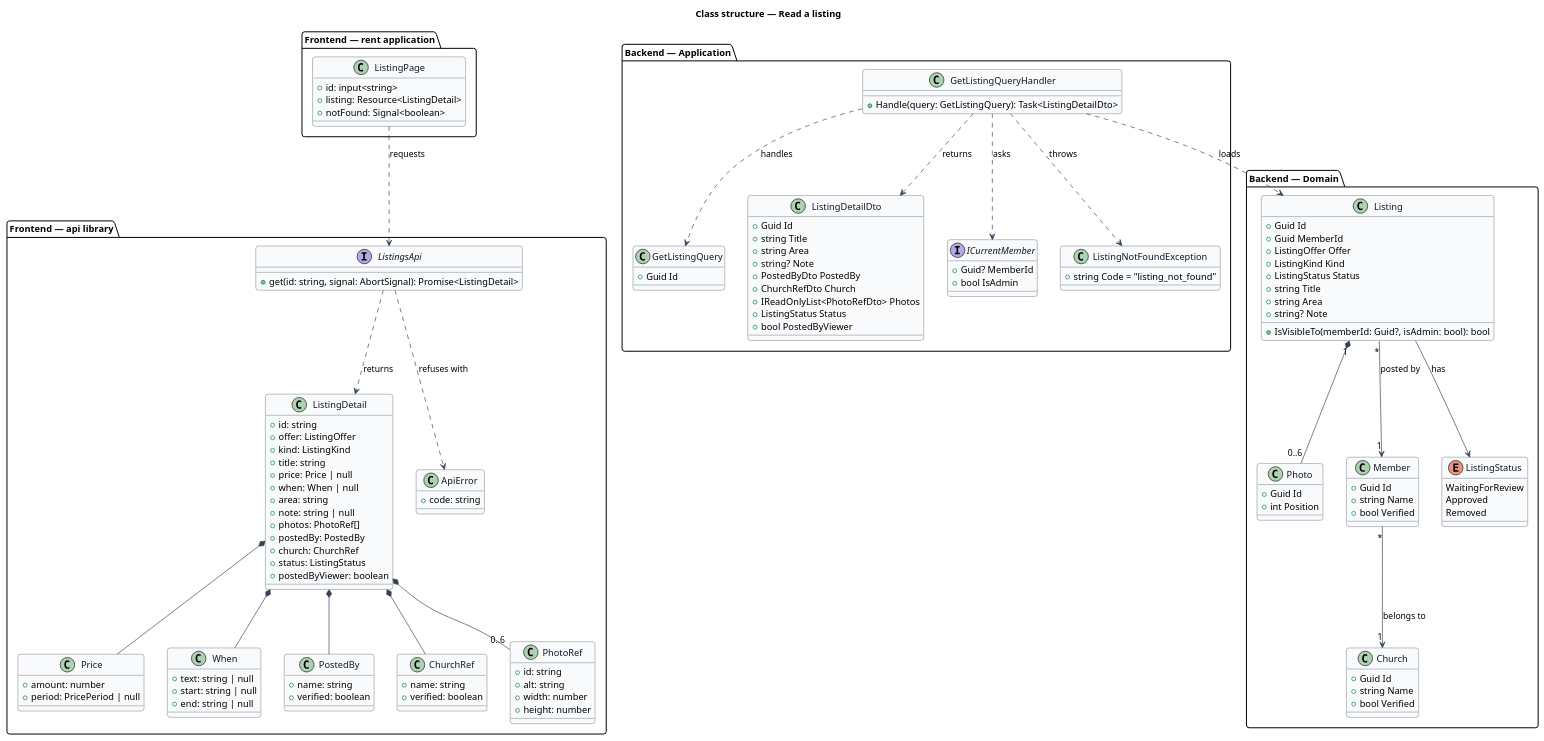
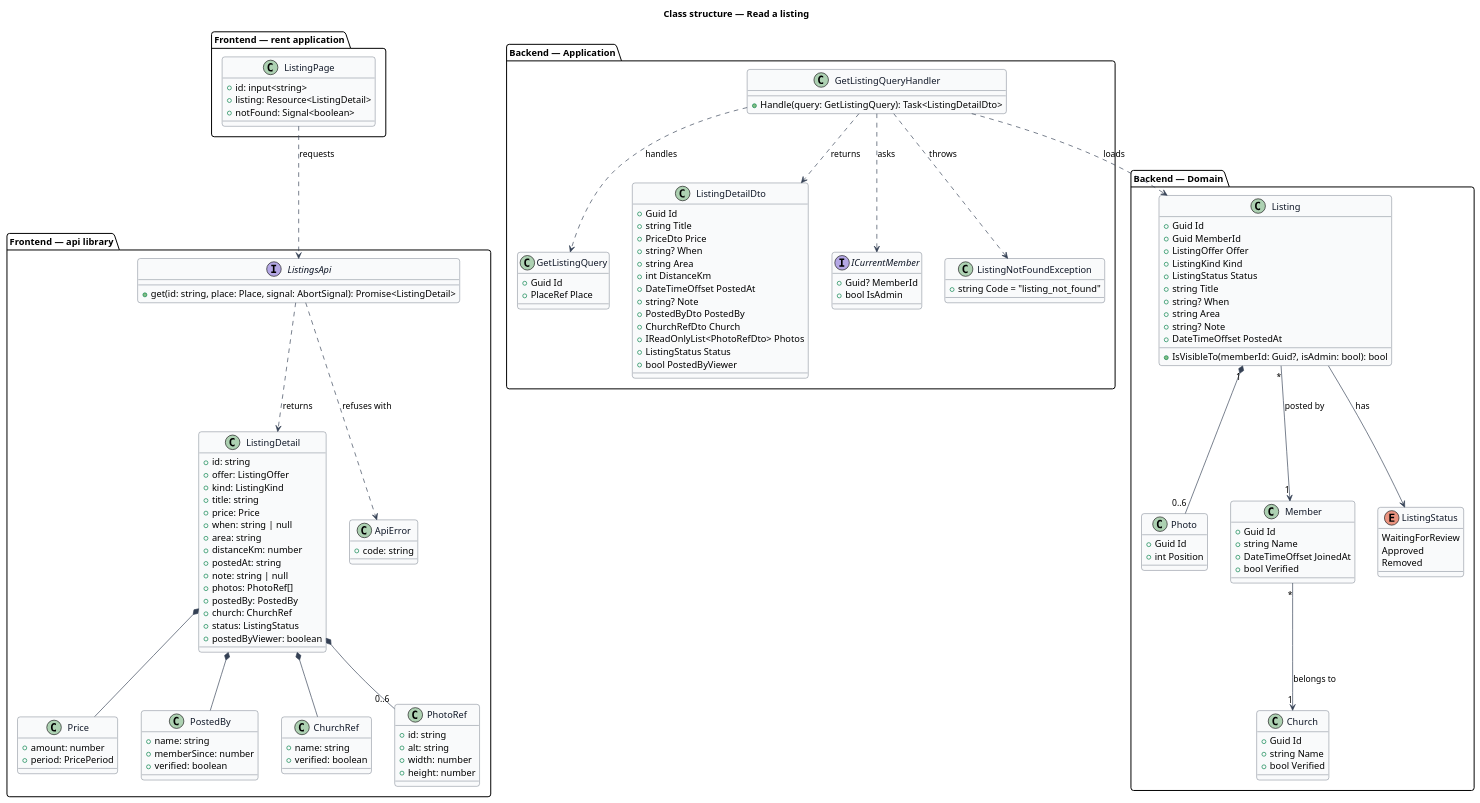
The diagram in docs/detailed-designs/listings/read-listing/diagrams/class-structure.puml (QuinntyneBrown/christian-rent), drawn with PlantUML before and after one commit. The commit also changed 148 other files, not shown here.

```diff
--- a/docs/detailed-designs/listings/read-listing/diagrams/class-structure.puml
+++ b/docs/detailed-designs/listings/read-listing/diagrams/class-structure.puml
@@ -1,144 +1,149 @@
 @startuml
 ' --- shared skin header ---
 skinparam backgroundColor #FFFFFF
 skinparam shadowing false
 skinparam roundcorner 8
 skinparam defaultFontName Arial
 skinparam ArrowColor #344054
 skinparam class {
   BorderColor #344054
   FontColor #101828
   BackgroundColor #F9FAFB
 }
 ' --------------------------
 title Class structure — Read a listing
 
 package "Frontend — api library" {
   class ListingDetail {
     +id: string
     +offer: ListingOffer
     +kind: ListingKind
     +title: string
-    +price: Price | null
-    +when: When | null
+    +price: Price
+    +when: string | null
     +area: string
+    +distanceKm: number
+    +postedAt: string
     +note: string | null
     +photos: PhotoRef[]
     +postedBy: PostedBy
     +church: ChurchRef
     +status: ListingStatus
     +postedByViewer: boolean
   }
   class Price {
     +amount: number
-    +period: PricePeriod | null
-  }
-  class When {
-    +text: string | null
-    +start: string | null
-    +end: string | null
+    +period: PricePeriod
   }
   class PostedBy {
     +name: string
+    +memberSince: number
     +verified: boolean
   }
   class ChurchRef {
     +name: string
     +verified: boolean
   }
   class PhotoRef {
     +id: string
     +alt: string
     +width: number
     +height: number
   }
   interface ListingsApi {
-    +get(id: string, signal: AbortSignal): Promise<ListingDetail>
+    +get(id: string, place: Place, signal: AbortSignal): Promise<ListingDetail>
   }
   class ApiError {
     +code: string
   }
 }
 package "Frontend — rent application" {
   class ListingPage {
     +id: input<string>
     +listing: Resource<ListingDetail>
     +notFound: Signal<boolean>
   }
 }
 package "Backend — Application" {
   class GetListingQuery {
     +Guid Id
+    +PlaceRef Place
   }
   class GetListingQueryHandler {
     +Handle(query: GetListingQuery): Task<ListingDetailDto>
   }
   class ListingDetailDto {
     +Guid Id
     +string Title
+    +PriceDto Price
+    +string? When
     +string Area
+    +int DistanceKm
+    +DateTimeOffset PostedAt
     +string? Note
     +PostedByDto PostedBy
     +ChurchRefDto Church
     +IReadOnlyList<PhotoRefDto> Photos
     +ListingStatus Status
     +bool PostedByViewer
   }
   interface ICurrentMember {
     +Guid? MemberId
     +bool IsAdmin
   }
   class ListingNotFoundException {
     +string Code = "listing_not_found"
   }
 }
 package "Backend — Domain" {
   class Listing {
     +Guid Id
     +Guid MemberId
     +ListingOffer Offer
     +ListingKind Kind
     +ListingStatus Status
     +string Title
+    +string? When
     +string Area
     +string? Note
+    +DateTimeOffset PostedAt
     +IsVisibleTo(memberId: Guid?, isAdmin: bool): bool
   }
   class Photo {
     +Guid Id
     +int Position
   }
   class Member {
     +Guid Id
     +string Name
+    +DateTimeOffset JoinedAt
     +bool Verified
   }
   class Church {
     +Guid Id
     +string Name
     +bool Verified
   }
   enum ListingStatus {
     WaitingForReview
     Approved
     Removed
   }
 }
 ListingPage ..> ListingsApi : requests
 ListingsApi ..> ListingDetail : returns
 ListingsApi ..> ApiError : refuses with
 ListingDetail *-- Price
-ListingDetail *-- When
 ListingDetail *-- PostedBy
 ListingDetail *-- ChurchRef
 ListingDetail *-- "0..6" PhotoRef
 GetListingQueryHandler ..> GetListingQuery : handles
 GetListingQueryHandler ..> ICurrentMember : asks
 GetListingQueryHandler ..> ListingDetailDto : returns
 GetListingQueryHandler ..> ListingNotFoundException : throws
 GetListingQueryHandler ..> Listing : loads
 Listing --> ListingStatus : has
 Listing "1" *-- "0..6" Photo
 Listing "*" --> "1" Member : posted by
 Member "*" --> "1" Church : belongs to
 @enduml
```
